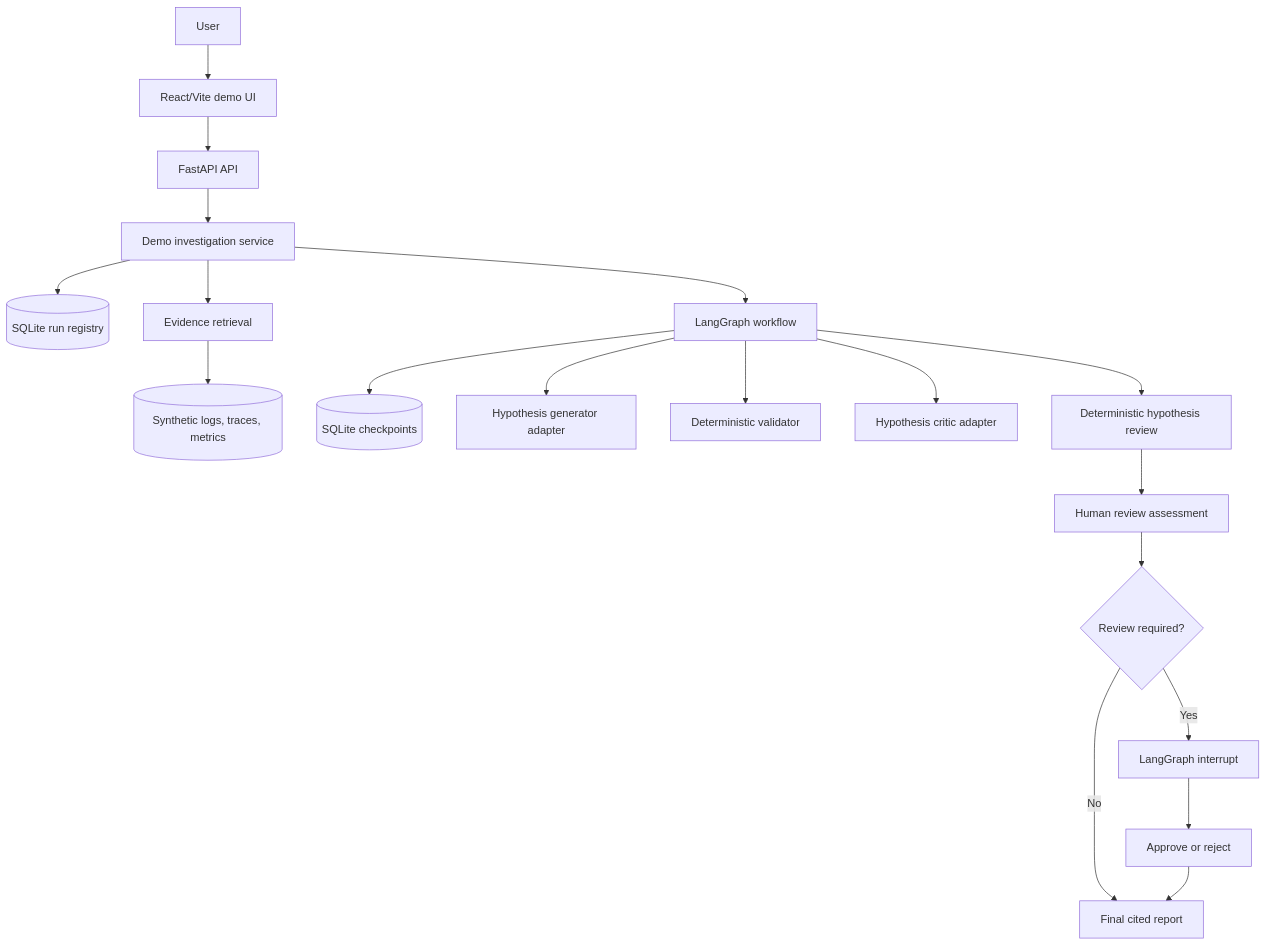
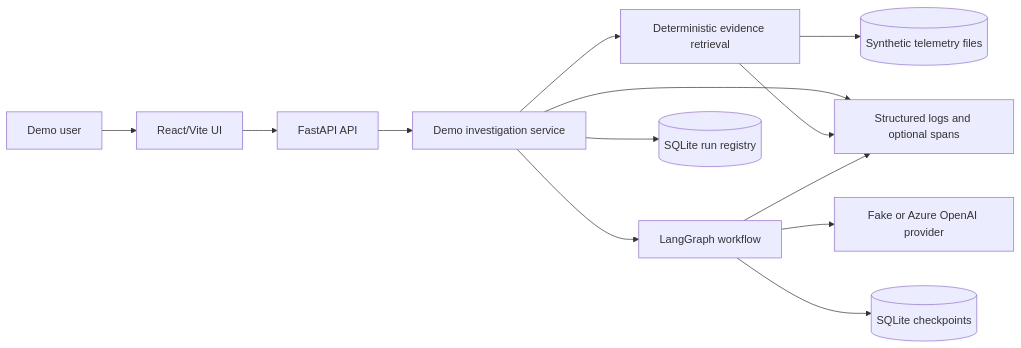
Before and after one commit to mariusz-kacz/telemetry-investigation-agents: the diagram in docs/architecture.md, drawn with Mermaid. The commit also changed other lines of this file and 10 other files, not shown here.

````diff
--- a/docs/architecture.md
+++ b/docs/architecture.md
@@ -10,21 +10,15 @@
 ```mermaid
-flowchart TD
-    User[User] --> UI[React/Vite demo UI]
+flowchart LR
+    User[Demo user] --> UI[React/Vite UI]
     UI --> API[FastAPI API]
     API --> App[Demo investigation service]
+    App --> Retrieval[Deterministic evidence retrieval]
+    Retrieval --> Telemetry[(Synthetic telemetry files)]
+    App --> Graph[LangGraph workflow]
+    Graph --> Providers[Fake or Azure OpenAI provider]
     App --> Registry[(SQLite run registry)]
-    App --> Retrieval[Evidence retrieval]
-    Retrieval --> Files[(Synthetic logs, traces, metrics)]
-    App --> Graph[LangGraph workflow]
     Graph --> Checkpoints[(SQLite checkpoints)]
-    Graph --> Generator[Hypothesis generator adapter]
-    Graph --> Validator[Deterministic validator]
-    Graph --> Critic[Hypothesis critic adapter]
-    Graph --> ReviewPolicy[Deterministic hypothesis review]
-    ReviewPolicy --> HumanPolicy[Human review assessment]
-    HumanPolicy --> Gate{Review required?}
-    Gate -->|No| Report[Final cited report]
-    Gate -->|Yes| Interrupt[LangGraph interrupt]
-    Interrupt --> Resume[Approve or reject]
-    Resume --> Report
+    App --> Observability[Structured logs and optional spans]
+    Retrieval --> Observability
+    Graph --> Observability
 ```
````
